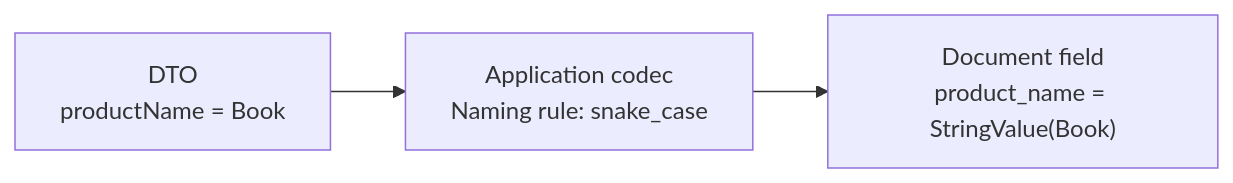
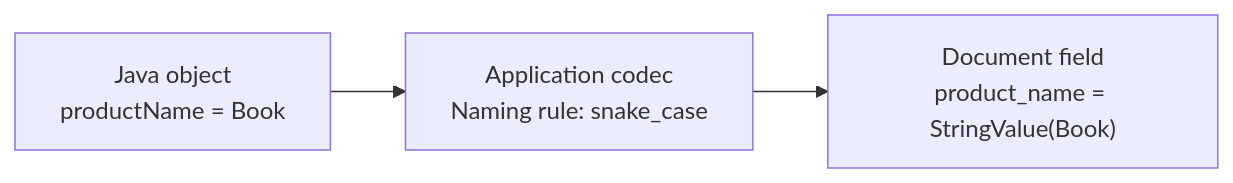
The first of 5 diagrams in docs/design/serialization-pr1-foundation.md (allenkim0129/multiclouddb-sdk-for-java), drawn with Mermaid before and after one commit. The commit also changed other lines of this file, not shown here.

````diff
--- a/docs/design/serialization-pr1-foundation.md
+++ b/docs/design/serialization-pr1-foundation.md
@@ -44,5 +44,5 @@
 ```mermaid
 flowchart LR
-    A["DTO<br/>productName = Book"] --> B["Application codec<br/>Naming rule: snake_case"]
+    A["Java object<br/>productName = Book"] --> B["Application codec<br/>Naming rule: snake_case"]
     B --> C["Document field<br/>product_name = StringValue(Book)"]
 ```
````
